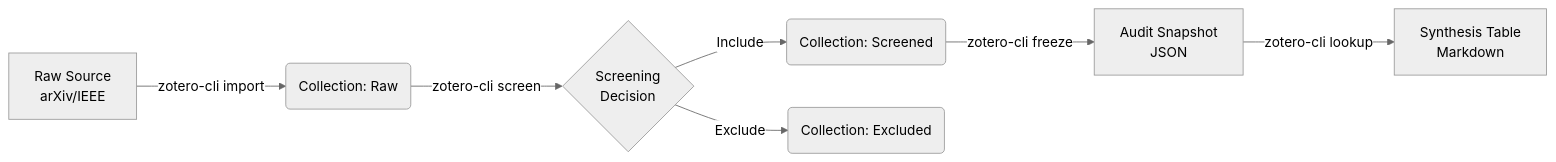
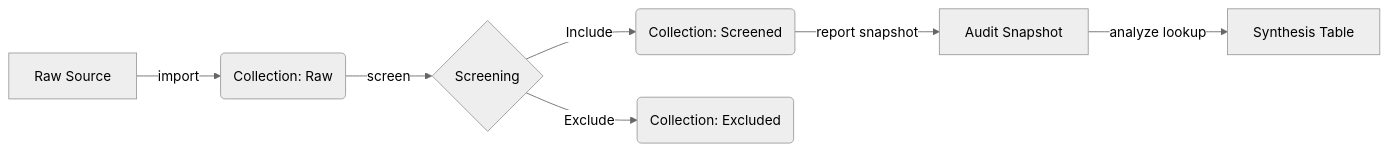
Before and after one commit to fchicout/zotero-cli: the diagram in README.md, drawn with Mermaid (neutral theme). The commit also changed other lines of this file and 17 other files, not shown here.

````diff
--- a/README.md
+++ b/README.md
@@ -18,13 +18,9 @@
 ```mermaid
 graph LR
-    A[Raw Source
-arXiv/IEEE] -->|zotero-cli import| B(Collection: Raw)
-    B -->|zotero-cli screen| C{Screening
-Decision}
+    A[Raw Source] -->|import| B(Collection: Raw)
+    B -->|screen| C{Screening}
     C -->|Include| D(Collection: Screened)
     C -->|Exclude| E(Collection: Excluded)
-    D -->|zotero-cli freeze| F[Audit Snapshot
-JSON]
-    F -->|zotero-cli lookup| G[Synthesis Table
-Markdown]
+    D -->|report snapshot| F[Audit Snapshot]
+    F -->|analyze lookup| G[Synthesis Table]
 ```
````
